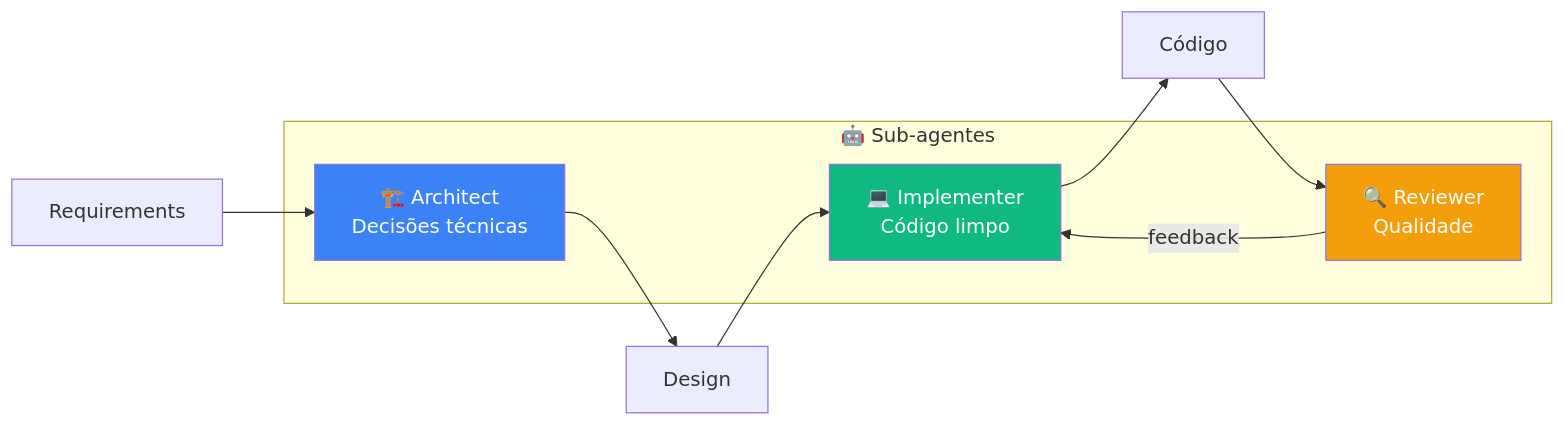
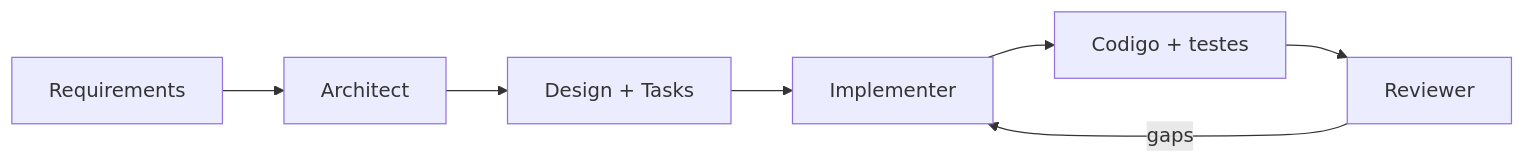
One commit to felipefontoura/spec-driven-development-book changed diagram 13 of 15 in BOOK.pt-BR.md. Above: the diagram before and after it, drawn with Mermaid. The commit also changed other lines of this file and 4 other files, not shown here.

````diff
--- a/BOOK.pt-BR.md
+++ b/BOOK.pt-BR.md
@@ -2421,19 +3146,12 @@
 ```mermaid
 flowchart LR
-    subgraph AGENTS["🤖 Sub-agentes"]
-        ARC["🏗️ Architect<br/>Decisões técnicas"]
-        IMP["💻 Implementer<br/>Código limpo"]
-        REV["🔍 Reviewer<br/>Qualidade"]
-    end
+    REQ[Requirements] --> ARC[Architect]
+    ARC --> DES[Design + Tasks]
+    DES --> IMP[Implementer]
+    IMP --> COD[Codigo + testes]
+    COD --> REV[Reviewer]
+    REV -->|gaps| IMP
 
-    REQ[Requirements] --> ARC
-    ARC --> DES[Design]
-    DES --> IMP
-    IMP --> COD[Código]
-    COD --> REV
-    REV -->|feedback| IMP
-
-    style ARC fill:#3b82f6,color:#fff
-    style IMP fill:#10b981,color:#fff
-    style REV fill:#f59e0b,color:#fff
+    class ARC,IMP,REV accent;
+    class REQ,DES,COD neutral;
 ```
````
